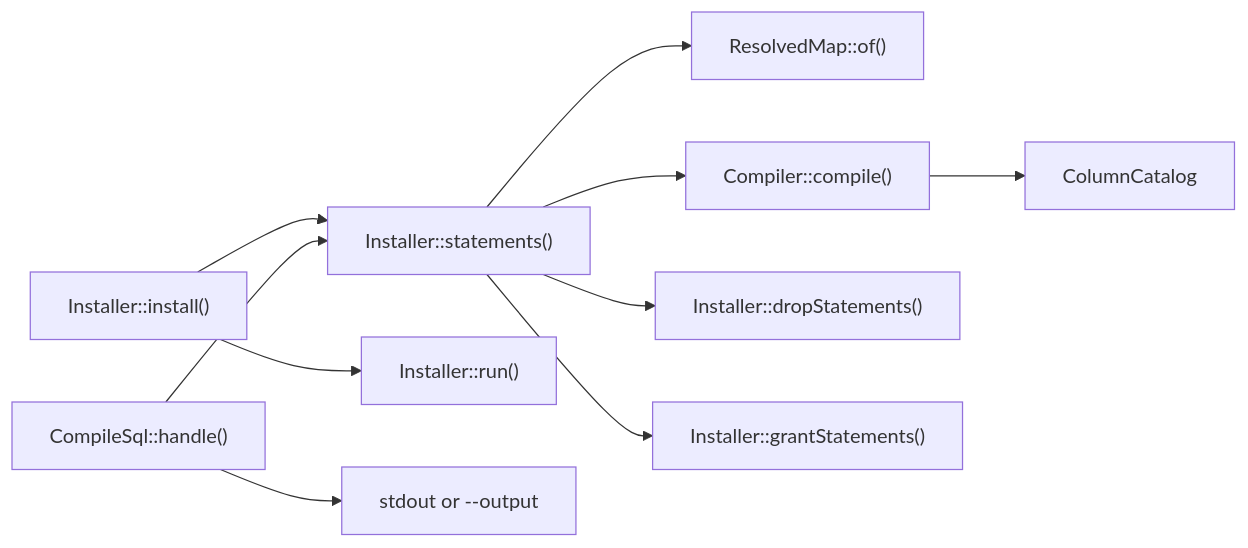
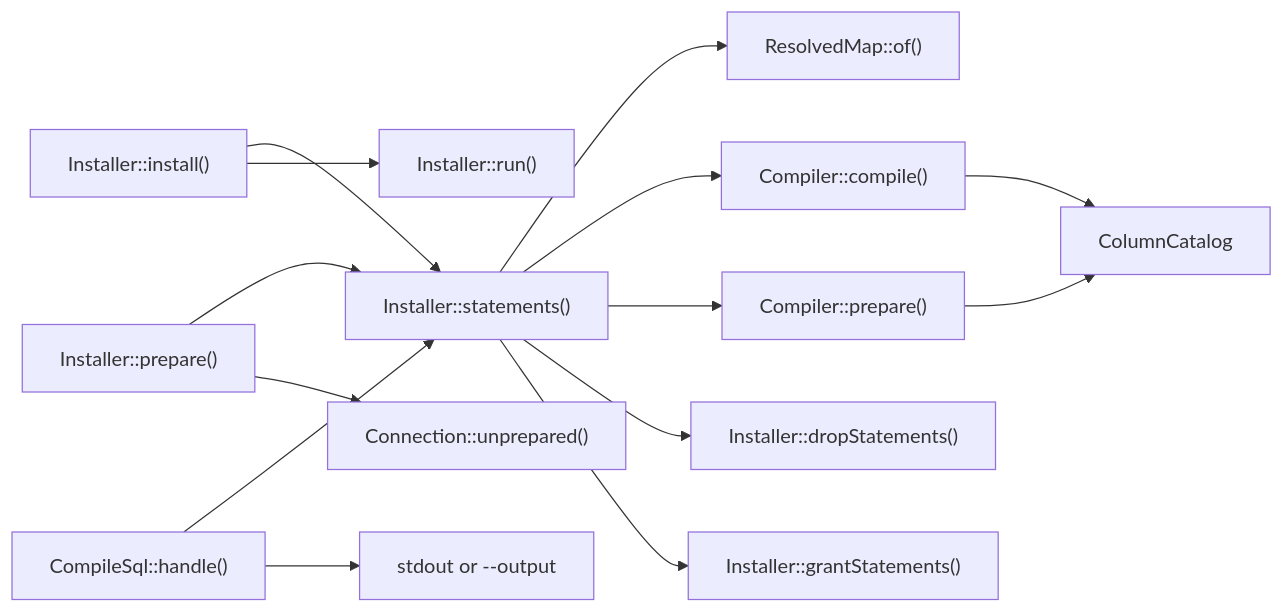
The diagram in docs/flows/compiling-and-installing-the-schema.md (AryeoHQ/eloquent-compatibility), drawn with Mermaid before and after one commit. The commit also changed other lines of this file and 10 other files, not shown here.

````diff
--- a/docs/flows/compiling-and-installing-the-schema.md
+++ b/docs/flows/compiling-and-installing-the-schema.md
@@ -5,12 +5,16 @@
 ```mermaid
 flowchart LR
   Install["Installer::install()"] --> Statements["Installer::statements()"]
+  Prepare["Installer::prepare()"] --> Statements
   Print["CompileSql::handle()"] --> Statements
   Statements --> Resolve["ResolvedMap::of()"]
   Statements --> Compile["Compiler::compile()"]
+  Statements --> Planner["Compiler::prepare()"]
   Compile --> Catalog["ColumnCatalog"]
+  Planner --> Catalog
   Statements --> Drop["Installer::dropStatements()"]
   Statements --> Grants["Installer::grantStatements()"]
   Install --> Run["Installer::run()"]
+  Prepare --> Direct["Connection::unprepared()"]
   Print --> Output["stdout or --output"]
 ```
````
